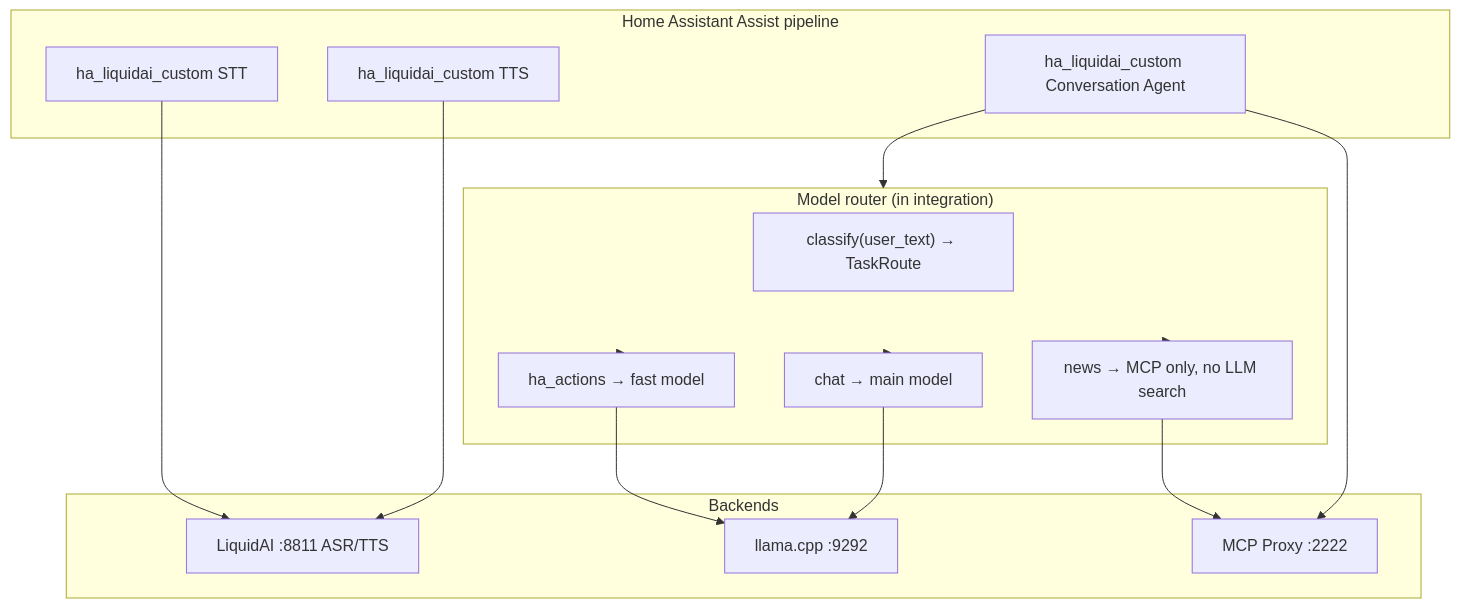
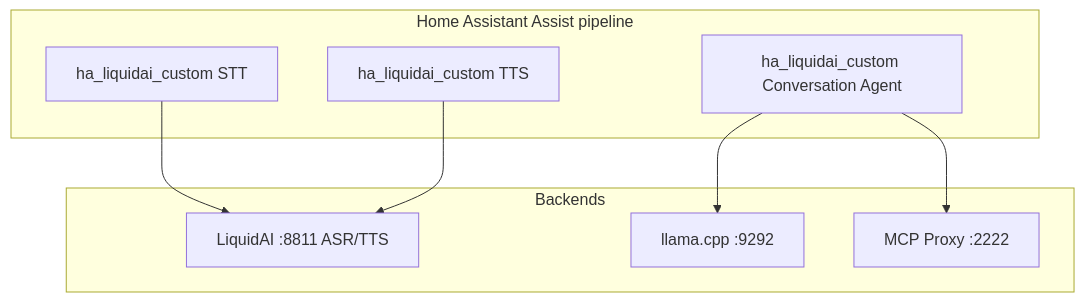
Before and after one commit to holger81/ha_liquidai: the first of 2 diagrams in PLAN.md, drawn with Mermaid. The commit also changed other lines of this file, not shown here.

First line of the commit message:
Revise Phase 4–6 plan for model-driven tools and UI-only backend config.

````diff
--- a/PLAN.md
+++ b/PLAN.md
@@ -32,29 +32,19 @@
 ```mermaid
 flowchart TB
   subgraph HA["Home Assistant Assist pipeline"]
     STT["ha_liquidai_custom STT"]
     Agent["ha_liquidai_custom Conversation Agent"]
     TTS["ha_liquidai_custom TTS"]
-  end
-
-  subgraph Router["Model router (in integration)"]
-    R["classify(user_text) → TaskRoute"]
-    M1["ha_actions → fast model"]
-    M2["chat → main model"]
-    M3["news → MCP only, no LLM search"]
   end
 
   subgraph Backends
     LAI["LiquidAI :8811 ASR/TTS"]
     LLM["llama.cpp :9292"]
     MCP["MCP Proxy :2222"]
   end
 
   STT --> LAI
-  Agent --> Router
-  Router --> M1 --> LLM
-  Router --> M2 --> LLM
-  Router --> M3 --> MCP
+  Agent --> LLM
   Agent --> MCP
   TTS --> LAI
 ```
````
